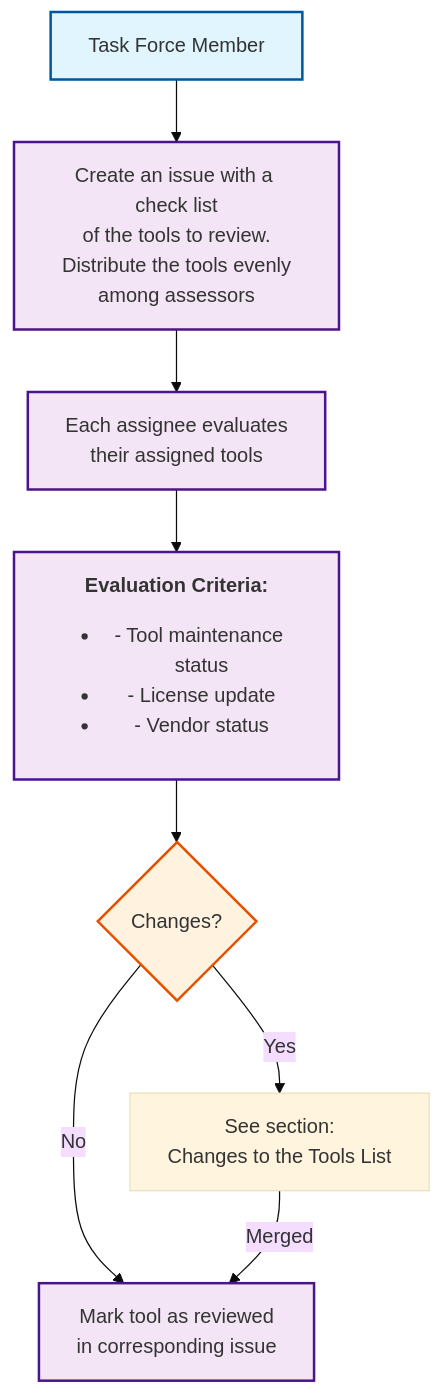
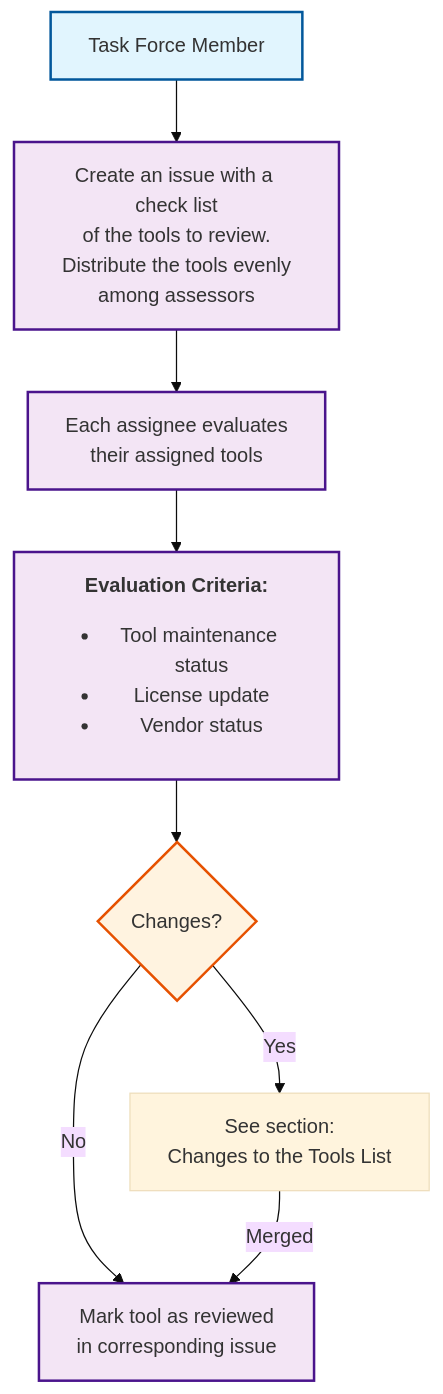
The third of 4 diagrams in arewesafetycriticalyet.org/docs/tooling/rfc-tools-review.md (rustfoundation/safety-critical-rust-consortium), drawn with Mermaid (base theme) before and after one commit. The commit also changed other lines of this file, not shown here.

````diff
--- a/arewesafetycriticalyet.org/docs/tooling/rfc-tools-review.md
+++ b/arewesafetycriticalyet.org/docs/tooling/rfc-tools-review.md
@@ -102,20 +102,20 @@
 ```mermaid
 flowchart TD
     %% Review Complete List Phase - Once a year
     C1[Task Force Member] --> C2[Create an issue with a check list<br/>of the tools to review.<br/>Distribute the tools evenly<br/>among assessors]
     C2 --> C3[Each assignee evaluates<br/>their assigned tools]
-    C3 --> C4[<strong>Evaluation Criteria:</strong><ul><li>- Tool maintenance status</li><li>- License update</li><li>- Vendor status</li></ul>]
+    C3 --> C4[<strong>Evaluation Criteria:</strong><ul><li>Tool maintenance status</li><li>License update</li><li>Vendor status</li></ul>]
     C4 --> C5{Changes?}
     C5 --> |Yes| C7[See section:<br/>Changes to the Tools List]
     C5 --> |No| C6[Mark tool as reviewed<br/>in corresponding issue]
     C7 --> |Merged| C6
 
     %% Styling
     classDef actor fill:#e1f5fe,stroke:#01579b,stroke-width:2px
     classDef process fill:#f3e5f5,stroke:#4a148c,stroke-width:2px
     classDef decision fill:#fff3e0,stroke:#e65100,stroke-width:2px
     
     class C1 actor
     class C5 decision
     class C2,C3,C4,C6 process
 ```
````
